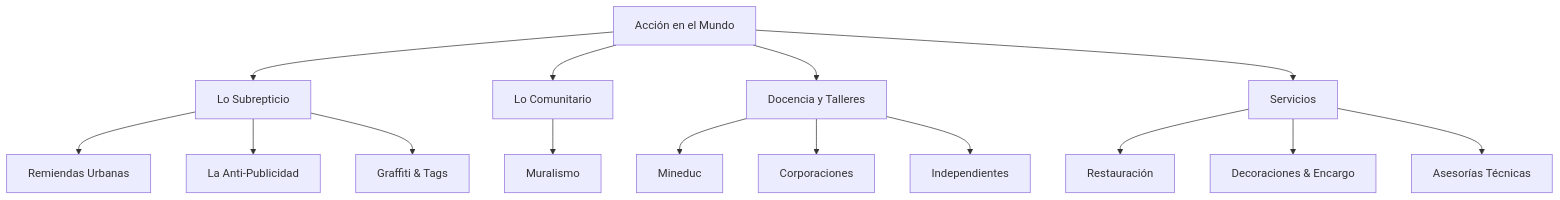
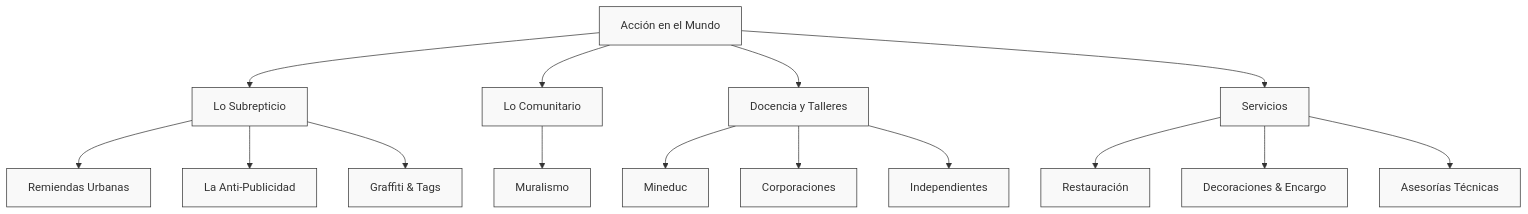
One commit to EGGS-Artesvisuales/EGGS-Artesvisuales.github.io changed the second of 3 diagrams in diagrama.md. Above: the diagram before and after it, drawn with Mermaid.

```diff
--- a/diagrama.md
+++ b/diagrama.md
@@ -74,32 +74,29 @@
     <div class="mermaid">
-        graph TD
-        B[Acción en el Mundo] --> B1[Lo Subrepticio]
-        B1 --> B1a[Remiendas Urbanas]
-        B1 --> B1b[La Anti-Publicidad]
-        B1 --> B1c[Graffiti & Tags]
-        B --> B2[Lo Comunitario]
-        B2 --> B2a[Muralismo]
-        B --> B3[Docencia y Talleres]
-        B3 --> B3a[Mineduc]
-        B3 --> B3b[Corporaciones]
-        B3 --> B3c[Independientes]
-        B --> B4[Servicios]
-        B4 --> B4a[Restauración]
-        B4 --> B4b[Decoraciones & Encargo]
-        B4 --> B4c[Asesorías Técnicas]
-        click B "/accion.html" "Ir a Acción en el Mundo"
-        click B1 "subrepticio.html" "Ir a Lo Subrepticio"
-        click B1a "/remiendas-urbanas.html" "Ir a Remiendas Urbanas"
-        click B1b "/la-anti-publicidad.html" "Ir a La Anti-Publicidad"
-        click B1c "/graffiti-tags.html" "Ir a Graffiti & Tags"
-        click B2 "comunitario.html" "Ir a Lo Comunitario"
-        click B2a "/muralismo.html" "Ir a Muralismo"
-        click B3 "docencia.html" "Ir a Docencia y Talleres"
-        click B3a "/mineduc.html" "Ir a Mineduc"
-        click B3b "/corporaciones.html" "Ir a Corporaciones"
-        click B3c "/independientes.html" "Ir a Independientes"
-        click B4 "servicios.html" "Ir a Servicios"
-        click B4a "/restauracion.html" "Ir a Restauración"
-        click B4b "/decoraciones-encargo.html" "Ir a Decoraciones & Encargo"
-        click B4c "/asesorias-tecnicas.html" "Ir a Asesorías Técnicas"
+        %%{init: {'flowchart': {'nodeSpacing': 45, 'rankSpacing': 60}} }%%
+graph TB
+    B[Acción en el Mundo]
+    B --> B1[Lo Subrepticio]
+    B --> B2[Lo Comunitario]
+    B --> B3[Docencia y Talleres]
+    B --> B4[Servicios]
+    
+    %% Subrepticio
+    B1 --> B1a[Remiendas Urbanas]
+    B1 --> B1b[La Anti-Publicidad]
+    B1 --> B1c[Graffiti & Tags]
+    
+    %% Comunitario
+    B2 --> B2a[Muralismo]
+    
+    %% Docencia
+    B3 --> B3a[Mineduc]
+    B3 --> B3b[Corporaciones]
+    B3 --> B3c[Independientes]
+    
+    %% Servicios
+    B4 --> B4a[Restauración]
+    B4 --> B4b[Decoraciones & Encargo]
+    B4 --> B4c[Asesorías Técnicas]
+    
+    classDef default fill:#f9f9f9,stroke:#333,stroke-width:1px
     </div>
```
